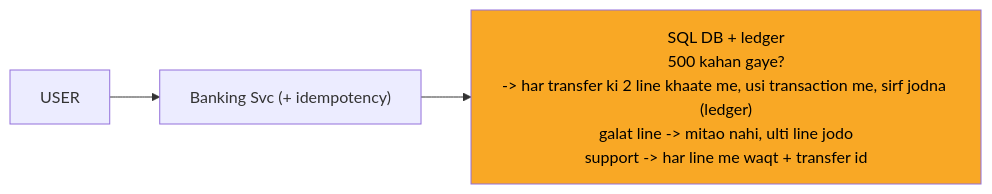
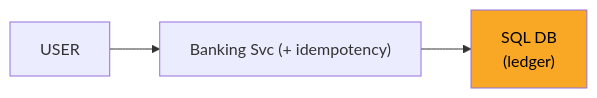
Before and after one commit to ArpanMaheshwari144/Prep: the diagram in 04_HLD/SYSTEM_DESIGNS/13_banking_system/img/c4.mmd, drawn with Mermaid. The commit also changed 46 other files, not shown here.

```diff
--- a/04_HLD/SYSTEM_DESIGNS/13_banking_system/img/c4.mmd
+++ b/04_HLD/SYSTEM_DESIGNS/13_banking_system/img/c4.mmd
@@ -1,8 +1,8 @@
 %%{init: {"flowchart": {"wrappingWidth": 450}}}%%
 flowchart LR
     n_USER["USER"]
     n_SVC["Banking Svc (+ idempotency)"]
-    n_DB["SQL DB + ledger<br/>500 kahan gaye?<br/>-> har transfer ki 2 line khaate me, usi transaction me, sirf jodna (ledger)<br/>galat line -> mitao nahi, ulti line jodo<br/>support -> har line me waqt + transfer id"]
+    n_DB["SQL DB<br/>(ledger)"]
     n_USER --> n_SVC
     n_SVC --> n_DB
     style n_DB fill:#f9a825,color:#000
```
